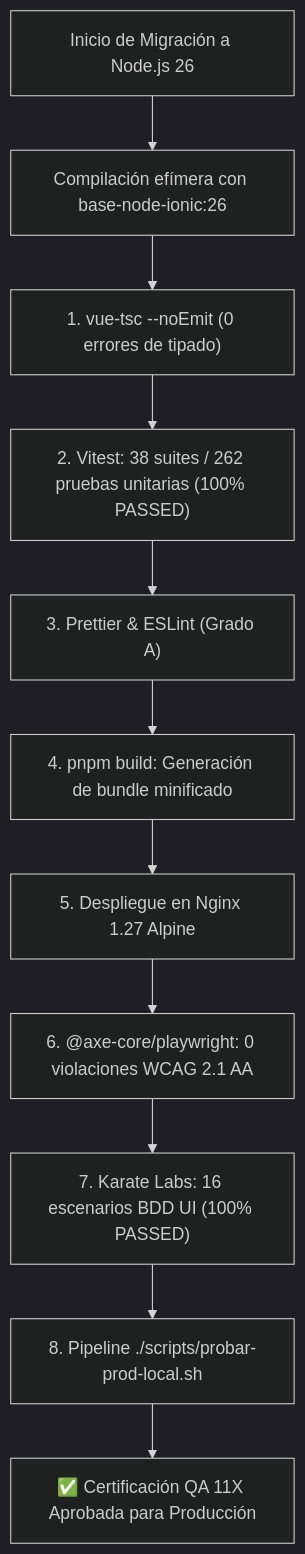
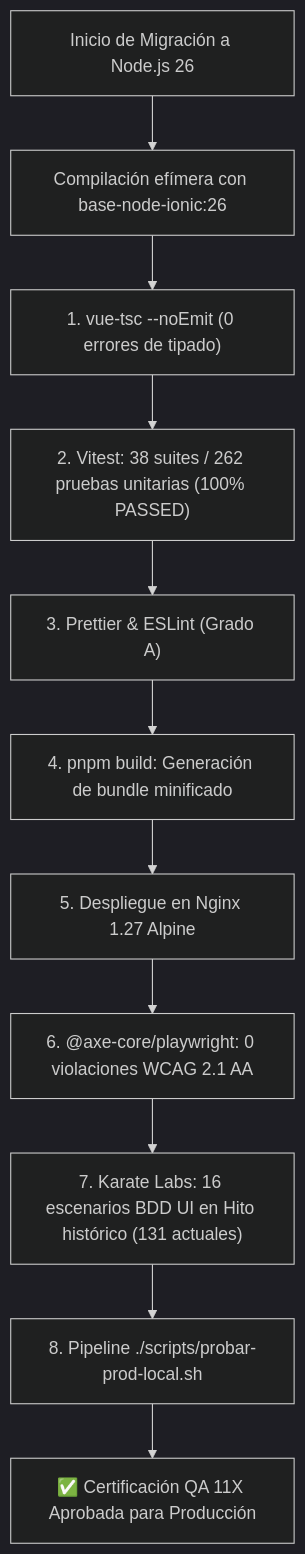
The second of 2 diagrams in docs/11_REPORTE_INVESTIGACION_NODE_26.md (tecno-consultores/RoSGrid), drawn with Mermaid (dark theme) before and after one commit. The commit also changed other lines of this file and 149 other files, not shown here.

````diff
--- a/docs/11_REPORTE_INVESTIGACION_NODE_26.md
+++ b/docs/11_REPORTE_INVESTIGACION_NODE_26.md
@@ -161,16 +161,16 @@
 ```mermaid
 flowchart TD
     Start["Inicio de Migración a Node.js 26"] --> DockerBuild["Compilación efímera con base-node-ionic:26"]
     
     DockerBuild --> TypeCheck["1. vue-tsc --noEmit (0 errores de tipado)"]
     TypeCheck --> UnitTests["2. Vitest: 38 suites / 262 pruebas unitarias (100% PASSED)"]
     UnitTests --> Lint["3. Prettier & ESLint (Grado A)"]
     Lint --> ProdBuild["4. pnpm build: Generación de bundle minificado"]
     
     ProdBuild --> NginxProd["5. Despliegue en Nginx 1.27 Alpine"]
     NginxProd --> AxeCore["6. @axe-core/playwright: 0 violaciones WCAG 2.1 AA"]
-    AxeCore --> Karate["7. Karate Labs: 16 escenarios BDD UI (100% PASSED)"]
+    AxeCore --> Karate["7. Karate Labs: 16 escenarios BDD UI en Hito histórico (131 actuales)"]
     Karate --> LocalProd["8. Pipeline ./scripts/probar-prod-local.sh"]
-    
+
     LocalProd --> SignOff["✅ Certificación QA 11X Aprobada para Producción"]
 ```
````
